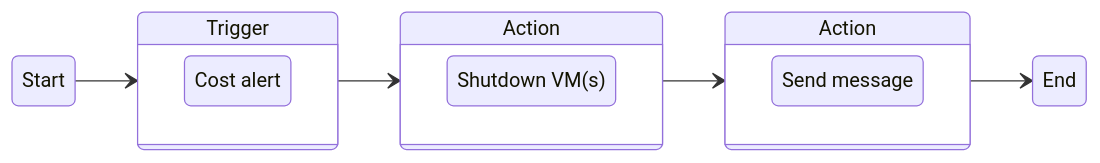
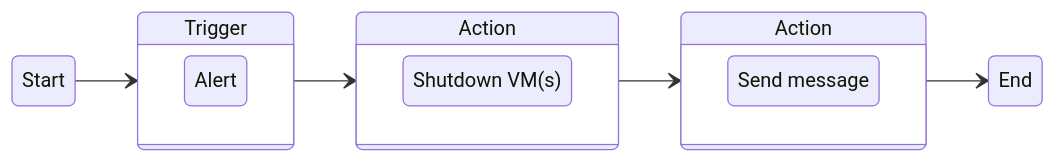
One commit to quantaleap/quantaleap-docs changed the diagram in versioned_docs/version-0.2.0/use-cases/cost-alert.md. Above: the diagram before and after it, drawn with Mermaid. The commit also changed 3 other files, not shown here.

````diff
--- a/versioned_docs/version-0.2.0/use-cases/cost-alert.md
+++ b/versioned_docs/version-0.2.0/use-cases/cost-alert.md
@@ -12,31 +12,31 @@
 ```mermaid
 stateDiagram-v2
     direction LR
-    Alert: Cost alert
+    Alert: Alert
     Shutdown: Shutdown VM(s)
     Message: Send message
 
     t1 : Trigger
     a1 : Action
     a2 : Action
 
     Start --> t1
     t1 --> a1
     a1 --> a2
     a2 --> End
 
     state t1 {
         direction LR
         Alert
     }
 
     state a1 {
         direction LR
         Shutdown
     }
 
     state a2 {
         direction LR
         Message
     }
 ```
````
